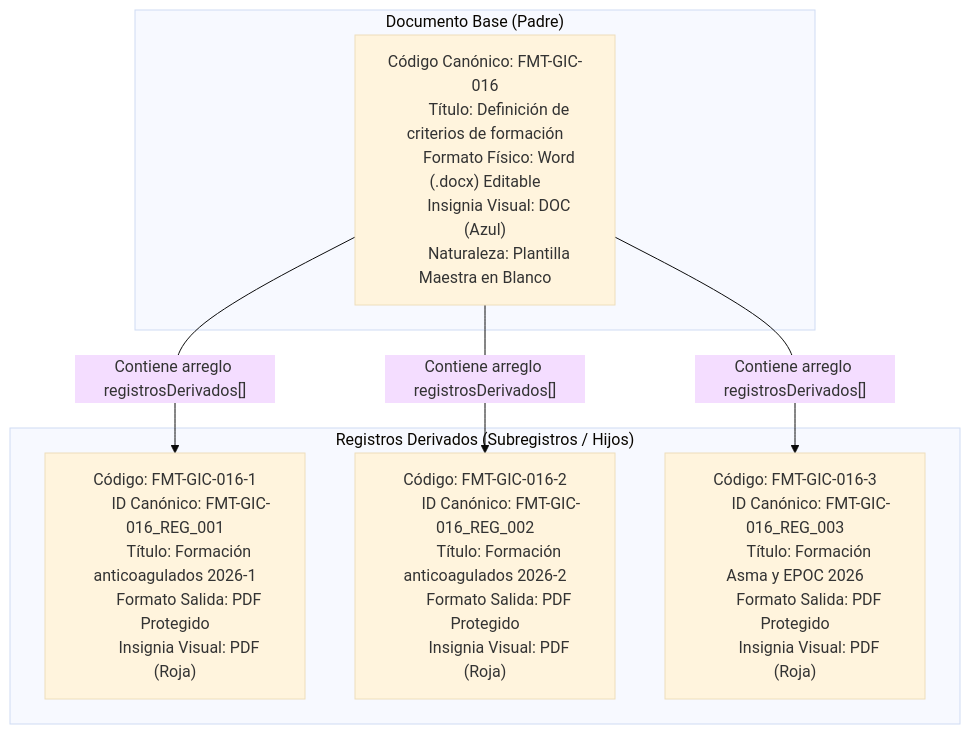
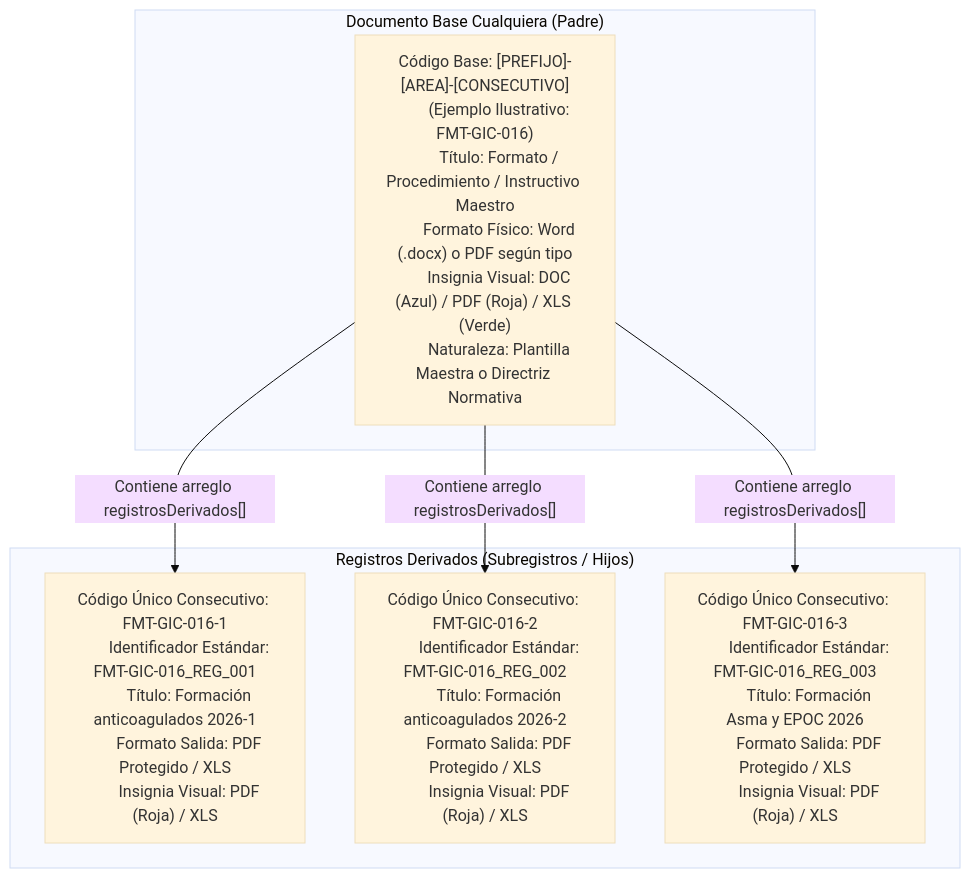
The third of 19 diagrams in reglas_de_negocio.md (unionsaludvida2/gestiondocumental), drawn with Mermaid (base theme) before and after one commit. The commit also changed other lines of this file and 6 other files, not shown here.

````diff
--- a/reglas_de_negocio.md
+++ b/reglas_de_negocio.md
@@ -231,34 +242,35 @@
 ```mermaid
 graph TD
-    subgraph DOC_BASE["Documento Base (Padre)"]
-        BASE["Código Canónico: FMT-GIC-016
-        Título: Definición de criterios de formación
-        Formato Físico: Word (.docx) Editable
-        Insignia Visual: DOC (Azul)
-        Naturaleza: Plantilla Maestra en Blanco"]
+    subgraph DOC_BASE["Documento Base Cualquiera (Padre)"]
+        BASE["Código Base: [PREFIJO]-[AREA]-[CONSECUTIVO]
+        (Ejemplo Ilustrativo: FMT-GIC-016)
+        Título: Formato / Procedimiento / Instructivo Maestro
+        Formato Físico: Word (.docx) o PDF según tipo
+        Insignia Visual: DOC (Azul) / PDF (Roja) / XLS (Verde)
+        Naturaleza: Plantilla Maestra o Directriz Normativa"]
     end
 
     subgraph DERIVADOS["Registros Derivados (Subregistros / Hijos)"]
-        REG1["Código: FMT-GIC-016-1
-        ID Canónico: FMT-GIC-016_REG_001
+        REG1["Código Único Consecutivo: FMT-GIC-016-1
+        Identificador Estándar: FMT-GIC-016_REG_001
         Título: Formación anticoagulados 2026-1
-        Formato Salida: PDF Protegido
-        Insignia Visual: PDF (Roja)"]
+        Formato Salida: PDF Protegido / XLS
+        Insignia Visual: PDF (Roja) / XLS"]
 
-        REG2["Código: FMT-GIC-016-2
-        ID Canónico: FMT-GIC-016_REG_002
+        REG2["Código Único Consecutivo: FMT-GIC-016-2
+        Identificador Estándar: FMT-GIC-016_REG_002
         Título: Formación anticoagulados 2026-2
-        Formato Salida: PDF Protegido
-        Insignia Visual: PDF (Roja)"]
+        Formato Salida: PDF Protegido / XLS
+        Insignia Visual: PDF (Roja) / XLS"]
 
-        REG3["Código: FMT-GIC-016-3
-        ID Canónico: FMT-GIC-016_REG_003
+        REG3["Código Único Consecutivo: FMT-GIC-016-3
+        Identificador Estándar: FMT-GIC-016_REG_003
         Título: Formación Asma y EPOC 2026
-        Formato Salida: PDF Protegido
-        Insignia Visual: PDF (Roja)"]
+        Formato Salida: PDF Protegido / XLS
+        Insignia Visual: PDF (Roja) / XLS"]
     end
 
     BASE -->|"Contiene arreglo registrosDerivados[]"| REG1
     BASE -->|"Contiene arreglo registrosDerivados[]"| REG2
     BASE -->|"Contiene arreglo registrosDerivados[]"| REG3
 ```
````
